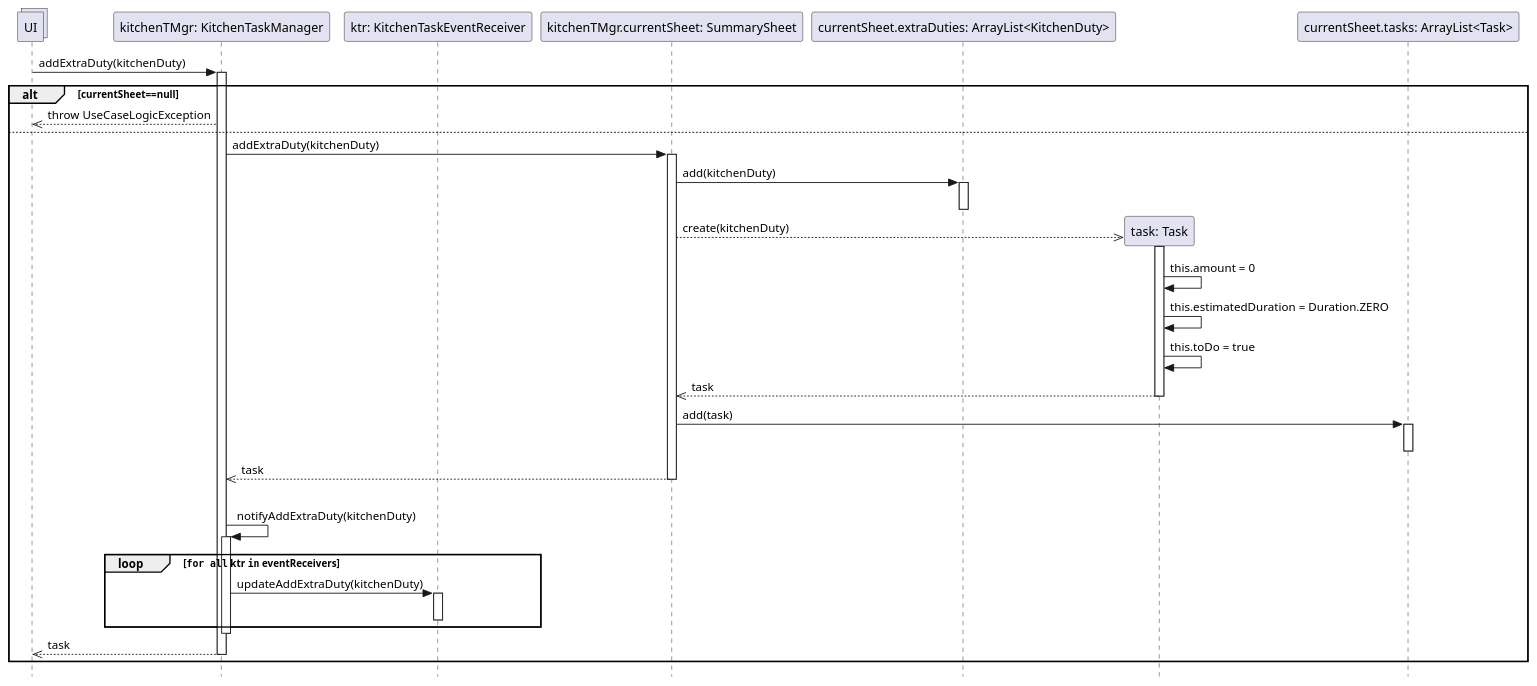
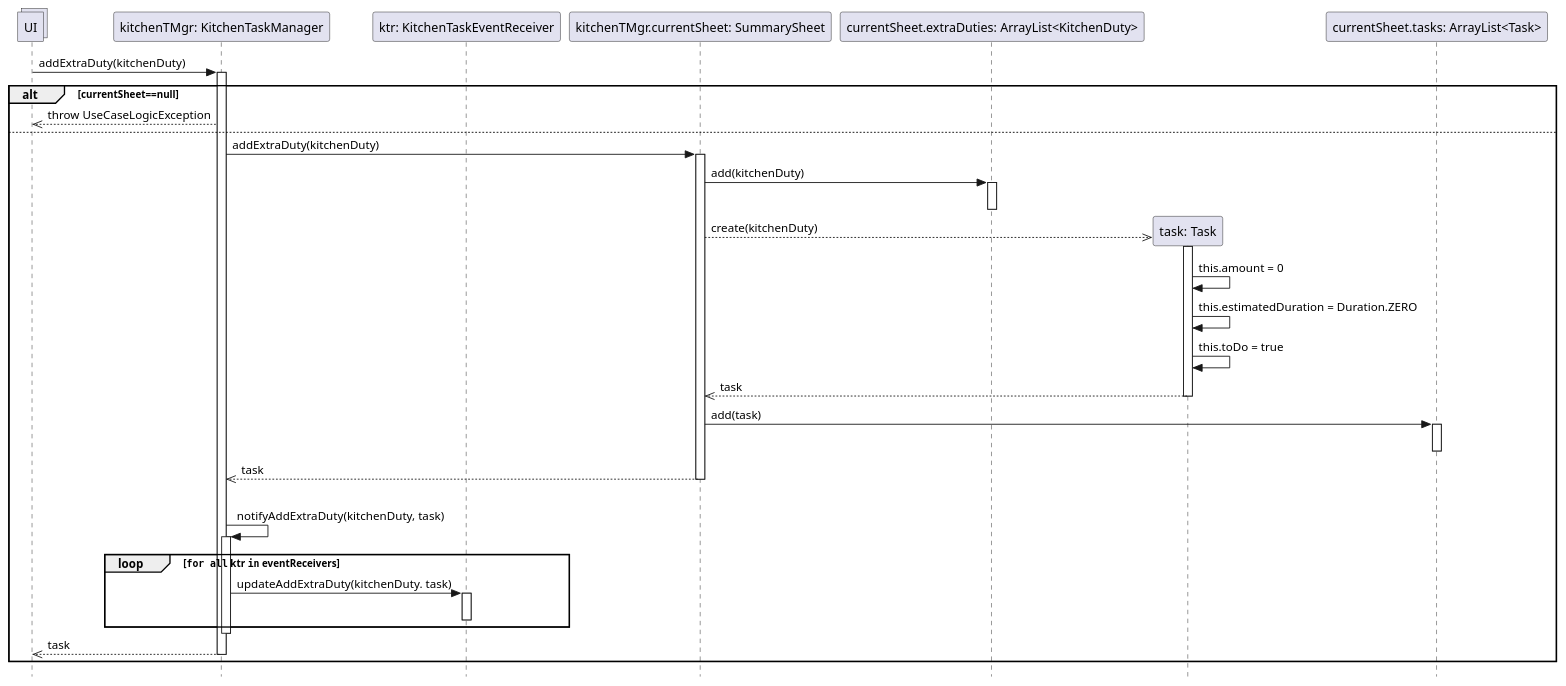
One commit to stefa168/sas-project changed the diagram in UP/Progettazione/UC Gestire Compiti Cucina/DSD/DSD Operazione 2.puml. Above: the diagram before and after it, drawn with PlantUML. The commit also changed 3 other files, not shown here.

```diff
--- a/UP/Progettazione/UC Gestire Compiti Cucina/DSD/DSD Operazione 2.puml
+++ b/UP/Progettazione/UC Gestire Compiti Cucina/DSD/DSD Operazione 2.puml
@@ -1,57 +1,57 @@
 @startuml Operazione 2
 skinparam Style strictuml
 
 collections UI
 
 participant "kitchenTMgr: KitchenTaskManager" as ktm
 UI -> ktm: addExtraDuty(kitchenDuty)
 participant "ktr: KitchenTaskEventReceiver" as ktr
 
 activate ktm
 
 alt currentSheet==null
     UI <<-- ktm: throw UseCaseLogicException
 else
     participant "kitchenTMgr.currentSheet: SummarySheet" as ss
     ktm -> ss: addExtraDuty(kitchenDuty)
     activate ss
 
     participant "currentSheet.extraDuties: ArrayList<KitchenDuty>" as kdList
     ss -> kdList: add(kitchenDuty)
     activate kdList
     deactivate kdList
 
     participant "task: Task" as t
     ss -->> t**: create(kitchenDuty)
     activate t
     t -> t: this.amount = 0
     t -> t: this.estimatedDuration = Duration.ZERO
     t -> t: this.toDo = true
     ss <<-- t:task
     deactivate t
     
     participant "currentSheet.tasks: ArrayList<Task>" as tasks
     ss -> tasks: add(task)
 
     activate tasks
     deactivate tasks
 
     ktm <<-- ss: task
     deactivate ss
     |||
-    ktm -> ktm: notifyAddExtraDuty(kitchenDuty)
+    ktm -> ktm: notifyAddExtraDuty(kitchenDuty, task)
     activate ktm
     loop ""for all"" ktr ""in"" eventReceivers
-        ktm -> ktr : updateAddExtraDuty(kitchenDuty)
+        ktm -> ktr : updateAddExtraDuty(kitchenDuty. task)
         activate ktr
         deactivate ktr
     end
     deactivate ktm
 
     UI <<-- ktm : task
     deactivate ktm
 
     
 end
 
 @enduml
```
